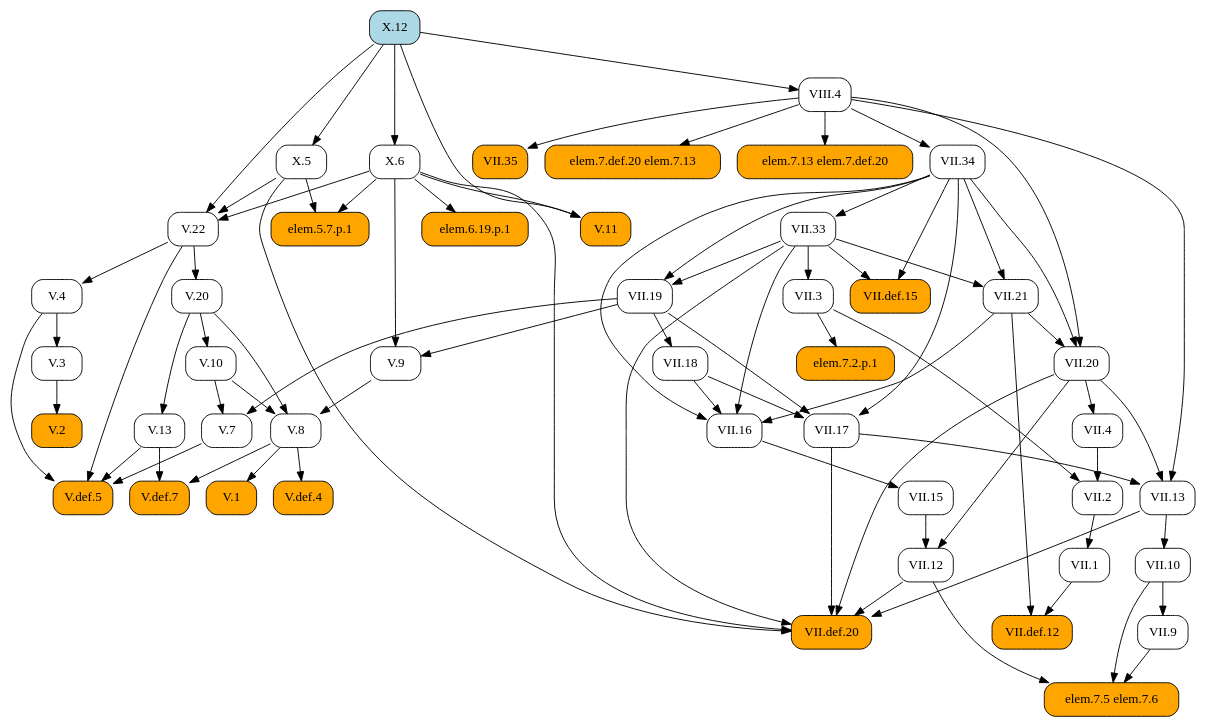
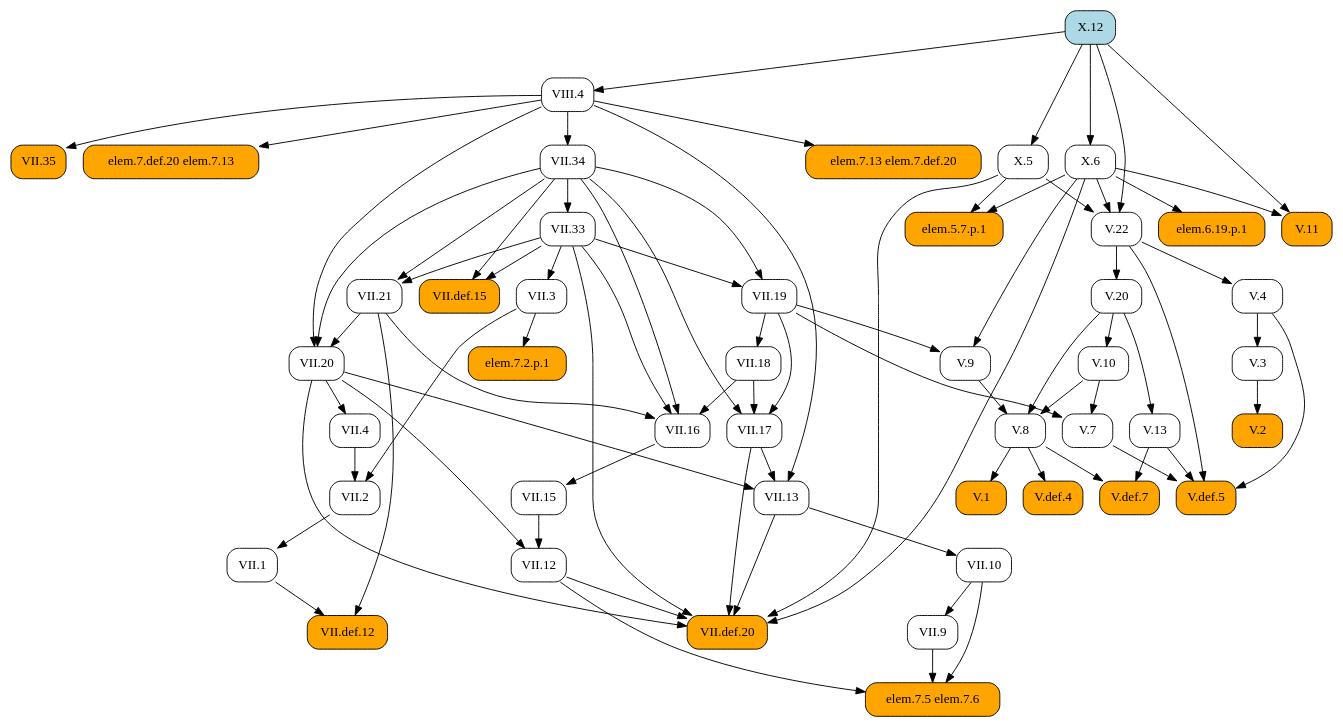
The diagram in docsrc/heath/X/12/index.rst (geometor/elements), drawn with Graphviz before and after one commit. The commit also changed other lines of this file and 1029 other files, not shown here.

```diff
--- a/docsrc/heath/X/12/index.rst
+++ b/docsrc/heath/X/12/index.rst
@@ -52,92 +52,124 @@
    digraph {
      rankdir="TB";
      node [shape=box, style=rounded];
+     "VII.1" [URL="/heath/VII/1/", target="_top"];
+     "VII.9" [URL="/heath/VII/9/", target="_top"];
+     "V.def.5" [style="rounded,filled", fillcolor=orange, URL="/heath/V/def.5/", target="_top"];
+     "V.22" [URL="/heath/V/22/", target="_top"];
+     "X.6" [URL="/heath/X/6/", target="_top"];
+     "V.10" [URL="/heath/V/10/", target="_top"];
+     "V.20" [URL="/heath/V/20/", target="_top"];
+     "V.11" [style="rounded,filled", fillcolor=orange, URL="/heath/V/11/", target="_top"];
+     "V.13" [URL="/heath/V/13/", target="_top"];
+     "VII.17" [URL="/heath/VII/17/", target="_top"];
+     "elem.7.5 elem.7.6" [style="rounded,filled", fillcolor=orange];
+     "VII.3" [URL="/heath/VII/3/", target="_top"];
+     "V.7" [URL="/heath/V/7/", target="_top"];
+     "V.9" [URL="/heath/V/9/", target="_top"];
+     "VII.13" [URL="/heath/VII/13/", target="_top"];
+     "VII.2" [URL="/heath/VII/2/", target="_top"];
+     "V.3" [URL="/heath/V/3/", target="_top"];
+     "elem.7.13 elem.7.def.20" [style="rounded,filled", fillcolor=orange];
+     "VII.12" [URL="/heath/VII/12/", target="_top"];
+     "X.12" [style="rounded,filled", fillcolor=lightblue, URL="/heath/X/12/", target="_top"];
+     "elem.6.19.p.1" [style="rounded,filled", fillcolor=orange];
+     "V.8" [URL="/heath/V/8/", target="_top"];
+     "VII.def.12" [style="rounded,filled", fillcolor=orange, URL="/heath/VII/def.12/", target="_top"];
+     "VII.33" [URL="/heath/VII/33/", target="_top"];
+     "elem.7.2.p.1" [style="rounded,filled", fillcolor=orange];
+     "VII.10" [URL="/heath/VII/10/", target="_top"];
+     "VII.def.15" [style="rounded,filled", fillcolor=orange, URL="/heath/VII/def.15/", target="_top"];
+     "VII.19" [URL="/heath/VII/19/", target="_top"];
+     "VII.18" [URL="/heath/VII/18/", target="_top"];
+     "VII.16" [URL="/heath/VII/16/", target="_top"];
+     "V.4" [URL="/heath/V/4/", target="_top"];
+     "elem.5.7.p.1" [style="rounded,filled", fillcolor=orange];
+     "VII.4" [URL="/heath/VII/4/", target="_top"];
+     "VIII.4" [URL="/heath/VIII/4/", target="_top"];
+     "VII.21" [URL="/heath/VII/21/", target="_top"];
      "V.1" [style="rounded,filled", fillcolor=orange, URL="/heath/V/1/", target="_top"];
-     "VII.12" [URL="/heath/VII/12/", target="_top"];
+     "VII.20" [URL="/heath/VII/20/", target="_top"];
      "VII.35" [style="rounded,filled", fillcolor=orange, URL="/heath/VII/35/", target="_top"];
-     "VIII.4" [URL="/heath/VIII/4/", target="_top"];
-     "V.20" [URL="/heath/V/20/", target="_top"];
-     "VII.16" [URL="/heath/VII/16/", target="_top"];
-     "VII.13" [URL="/heath/VII/13/", target="_top"];
-     "elem.7.def.20 elem.7.13" [style="rounded,filled", fillcolor=orange];
-     "V.2" [style="rounded,filled", fillcolor=orange, URL="/heath/V/2/", target="_top"];
-     "V.def.4" [style="rounded,filled", fillcolor=orange, URL="/heath/V/def.4/", target="_top"];
-     "VII.def.15" [style="rounded,filled", fillcolor=orange, URL="/heath/VII/def.15/", target="_top"];
-     "VII.18" [URL="/heath/VII/18/", target="_top"];
-     "V.22" [URL="/heath/V/22/", target="_top"];
-     "elem.5.7.p.1" [style="rounded,filled", fillcolor=orange];
-     "V.8" [URL="/heath/V/8/", target="_top"];
-     "VII.21" [URL="/heath/VII/21/", target="_top"];
-     "V.4" [URL="/heath/V/4/", target="_top"];
-     "V.7" [URL="/heath/V/7/", target="_top"];
-     "VII.15" [URL="/heath/VII/15/", target="_top"];
-     "VII.def.12" [style="rounded,filled", fillcolor=orange, URL="/heath/VII/def.12/", target="_top"];
-     "V.13" [URL="/heath/V/13/", target="_top"];
      "X.5" [URL="/heath/X/5/", target="_top"];
      "VII.34" [URL="/heath/VII/34/", target="_top"];
-     "VII.2" [URL="/heath/VII/2/", target="_top"];
+     "V.def.4" [style="rounded,filled", fillcolor=orange, URL="/heath/V/def.4/", target="_top"];
+     "V.2" [style="rounded,filled", fillcolor=orange, URL="/heath/V/2/", target="_top"];
+     "V.def.7" [style="rounded,filled", fillcolor=orange, URL="/heath/V/def.7/", target="_top"];
+     "VII.15" [URL="/heath/VII/15/", target="_top"];
      "VII.def.20" [style="rounded,filled", fillcolor=orange, URL="/heath/VII/def.20/", target="_top"];
-     "elem.6.19.p.1" [style="rounded,filled", fillcolor=orange];
-     "elem.7.5 elem.7.6" [style="rounded,filled", fillcolor=orange];
-     "VII.3" [URL="/heath/VII/3/", target="_top"];
-     "VII.10" [URL="/heath/VII/10/", target="_top"];
-     "V.def.7" [style="rounded,filled", fillcolor=orange, URL="/heath/V/def.7/", target="_top"];
-     "VII.20" [URL="/heath/VII/20/", target="_top"];
-     "V.10" [URL="/heath/V/10/", target="_top"];
-     "X.6" [URL="/heath/X/6/", target="_top"];
-     "VII.9" [URL="/heath/VII/9/", target="_top"];
-     "V.11" [style="rounded,filled", fillcolor=orange, URL="/heath/V/11/", target="_top"];
-     "X.12" [style="rounded,filled", fillcolor=lightblue, URL="/heath/X/12/", target="_top"];
-     "VII.19" [URL="/heath/VII/19/", target="_top"];
-     "VII.4" [URL="/heath/VII/4/", target="_top"];
-     "elem.7.2.p.1" [style="rounded,filled", fillcolor=orange];
-     "V.9" [URL="/heath/V/9/", target="_top"];
-     "V.3" [URL="/heath/V/3/", target="_top"];
-     "VII.1" [URL="/heath/VII/1/", target="_top"];
-     "elem.7.13 elem.7.def.20" [style="rounded,filled", fillcolor=orange];
-     "VII.33" [URL="/heath/VII/33/", target="_top"];
-     "V.def.5" [style="rounded,filled", fillcolor=orange, URL="/heath/V/def.5/", target="_top"];
-     "VII.17" [URL="/heath/VII/17/", target="_top"];
-     "V.8" -> "V.1";
+     "elem.7.def.20 elem.7.13" [style="rounded,filled", fillcolor=orange];
+     "VII.2" -> "VII.1";
+     "VII.10" -> "VII.9";
+     "V.4" -> "V.def.5";
+     "V.7" -> "V.def.5";
+     "V.13" -> "V.def.5";
+     "V.22" -> "V.def.5";
+     "X.5" -> "V.22";
+     "X.6" -> "V.22";
+     "X.12" -> "V.22";
+     "X.12" -> "X.6";
+     "V.20" -> "V.10";
+     "V.22" -> "V.20";
+     "X.6" -> "V.11";
+     "X.12" -> "V.11";
+     "V.20" -> "V.13";
+     "VII.18" -> "VII.17";
+     "VII.19" -> "VII.17";
+     "VII.34" -> "VII.17";
+     "VII.9" -> "elem.7.5 elem.7.6";
+     "VII.10" -> "elem.7.5 elem.7.6";
+     "VII.12" -> "elem.7.5 elem.7.6";
+     "VII.33" -> "VII.3";
+     "V.10" -> "V.7";
+     "VII.19" -> "V.7";
+     "VII.19" -> "V.9";
+     "X.6" -> "V.9";
+     "VII.17" -> "VII.13";
+     "VII.20" -> "VII.13";
+     "VIII.4" -> "VII.13";
+     "VII.3" -> "VII.2";
+     "VII.4" -> "VII.2";
+     "V.4" -> "V.3";
+     "VIII.4" -> "elem.7.13 elem.7.def.20";
      "VII.15" -> "VII.12";
      "VII.20" -> "VII.12";
-     "VIII.4" -> "VII.35";
-     "X.12" -> "VIII.4";
-     "V.22" -> "V.20";
+     "X.6" -> "elem.6.19.p.1";
+     "V.9" -> "V.8";
+     "V.10" -> "V.8";
+     "V.20" -> "V.8";
+     "VII.1" -> "VII.def.12";
+     "VII.21" -> "VII.def.12";
+     "VII.34" -> "VII.33";
+     "VII.3" -> "elem.7.2.p.1";
+     "VII.13" -> "VII.10";
+     "VII.33" -> "VII.def.15";
+     "VII.34" -> "VII.def.15";
+     "VII.33" -> "VII.19";
+     "VII.34" -> "VII.19";
+     "VII.19" -> "VII.18";
      "VII.18" -> "VII.16";
      "VII.21" -> "VII.16";
      "VII.33" -> "VII.16";
      "VII.34" -> "VII.16";
-     "VII.17" -> "VII.13";
-     "VII.20" -> "VII.13";
-     "VIII.4" -> "VII.13";
-     "VIII.4" -> "elem.7.def.20 elem.7.13";
-     "V.3" -> "V.2";
-     "V.8" -> "V.def.4";
-     "VII.33" -> "VII.def.15";
-     "VII.34" -> "VII.def.15";
-     "VII.19" -> "VII.18";
-     "X.5" -> "V.22";
-     "X.6" -> "V.22";
-     "X.12" -> "V.22";
+     "V.22" -> "V.4";
      "X.5" -> "elem.5.7.p.1";
      "X.6" -> "elem.5.7.p.1";
-     "V.9" -> "V.8";
-     "V.10" -> "V.8";
-     "V.20" -> "V.8";
+     "VII.20" -> "VII.4";
+     "X.12" -> "VIII.4";
      "VII.33" -> "VII.21";
      "VII.34" -> "VII.21";
-     "V.22" -> "V.4";
-     "V.10" -> "V.7";
-     "VII.19" -> "V.7";
-     "VII.16" -> "VII.15";
-     "VII.1" -> "VII.def.12";
-     "VII.21" -> "VII.def.12";
-     "V.20" -> "V.13";
+     "V.8" -> "V.1";
+     "VII.21" -> "VII.20";
+     "VII.34" -> "VII.20";
+     "VIII.4" -> "VII.20";
+     "VIII.4" -> "VII.35";
      "X.12" -> "X.5";
      "VIII.4" -> "VII.34";
-     "VII.3" -> "VII.2";
-     "VII.4" -> "VII.2";
+     "V.8" -> "V.def.4";
+     "V.3" -> "V.2";
+     "V.8" -> "V.def.7";
+     "V.13" -> "V.def.7";
+     "VII.16" -> "VII.15";
      "VII.12" -> "VII.def.20";
      "VII.13" -> "VII.def.20";
      "VII.17" -> "VII.def.20";
@@ -145,37 +177,5 @@
      "VII.33" -> "VII.def.20";
      "X.5" -> "VII.def.20";
      "X.6" -> "VII.def.20";
-     "X.6" -> "elem.6.19.p.1";
-     "VII.9" -> "elem.7.5 elem.7.6";
-     "VII.10" -> "elem.7.5 elem.7.6";
-     "VII.12" -> "elem.7.5 elem.7.6";
-     "VII.33" -> "VII.3";
-     "VII.13" -> "VII.10";
-     "V.8" -> "V.def.7";
-     "V.13" -> "V.def.7";
-     "VII.21" -> "VII.20";
-     "VII.34" -> "VII.20";
-     "VIII.4" -> "VII.20";
-     "V.20" -> "V.10";
-     "X.12" -> "X.6";
-     "VII.10" -> "VII.9";
-     "X.6" -> "V.11";
-     "X.12" -> "V.11";
-     "VII.33" -> "VII.19";
-     "VII.34" -> "VII.19";
-     "VII.20" -> "VII.4";
-     "VII.3" -> "elem.7.2.p.1";
-     "VII.19" -> "V.9";
-     "X.6" -> "V.9";
-     "V.4" -> "V.3";
-     "VII.2" -> "VII.1";
-     "VIII.4" -> "elem.7.13 elem.7.def.20";
-     "VII.34" -> "VII.33";
-     "V.4" -> "V.def.5";
-     "V.7" -> "V.def.5";
-     "V.13" -> "V.def.5";
-     "V.22" -> "V.def.5";
-     "VII.18" -> "VII.17";
-     "VII.19" -> "VII.17";
-     "VII.34" -> "VII.17";
+     "VIII.4" -> "elem.7.def.20 elem.7.13";
    }
```
